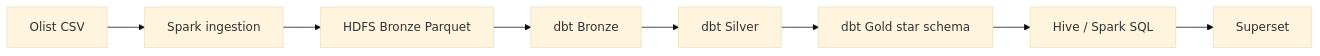
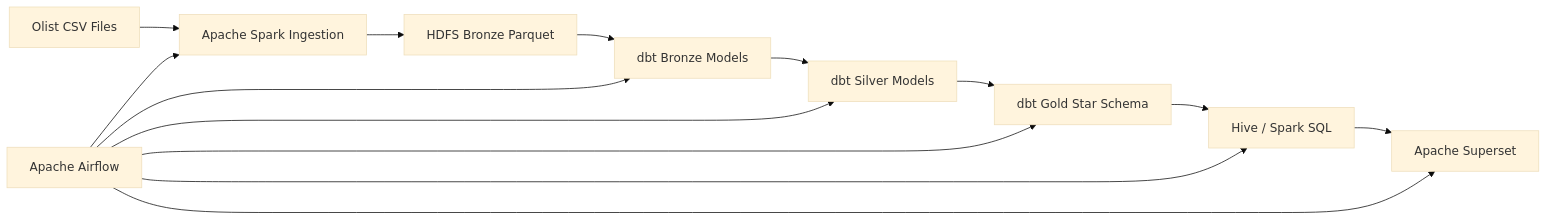
The first of 2 diagrams in DESIGN.md (BeyzanurArslaan/BigData-Pipeline-Project), drawn with Mermaid (base theme) before and after one commit. The commit also changed other lines of this file and 2 other files, not shown here.

````diff
--- a/DESIGN.md
+++ b/DESIGN.md
@@ -145,10 +284,16 @@
 ```mermaid
 flowchart LR
-    A[Olist CSV] --> B[Spark ingestion]
+    A[Olist CSV Files] --> B[Apache Spark Ingestion]
     B --> C[HDFS Bronze Parquet]
-    C --> D[dbt Bronze]
-    D --> E[dbt Silver]
-    E --> F[dbt Gold star schema]
+    C --> D[dbt Bronze Models]
+    D --> E[dbt Silver Models]
+    E --> F[dbt Gold Star Schema]
     F --> G[Hive / Spark SQL]
-    G --> H[Superset]
+    G --> H[Apache Superset]
+    I[Apache Airflow] --> B
+    I --> D
+    I --> E
+    I --> F
+    I --> G
+    I --> H
 ```
````
